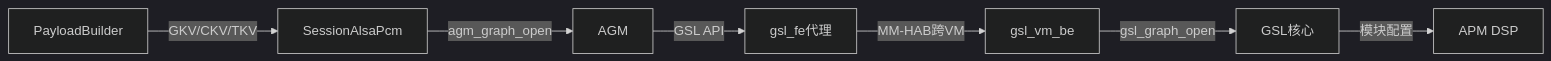
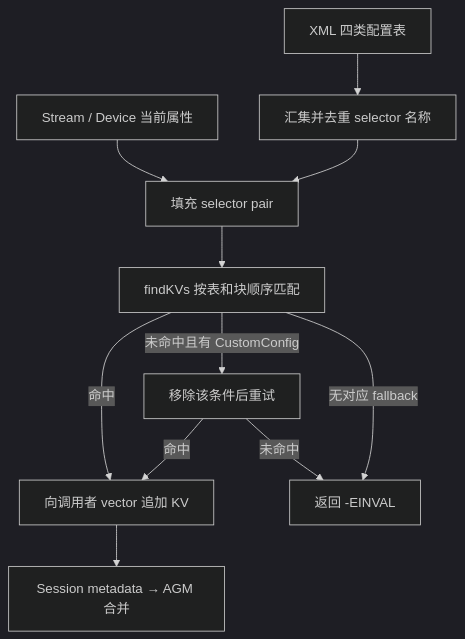
One commit to yanglinzhen1022/SA8295_AAOS_QNX_Audio_KnowledgeBase changed the first of 2 diagrams in 15_PAL_Architecture/15_15.7_PayloadBuilder-载荷构建器.md. Above: the diagram before and after it, drawn with Mermaid (dark theme). The commit also changed other lines of this file and 7 other files, not shown here.

````diff
--- a/15_PAL_Architecture/15_15.7_PayloadBuilder-载荷构建器.md
+++ b/15_PAL_Architecture/15_15.7_PayloadBuilder-载荷构建器.md
@@ -472,9 +53,13 @@
 ```mermaid
-graph LR
-    PB[PayloadBuilder] -->|GKV/CKV/TKV| SG[SessionAlsaPcm]
-    SG -->|agm_graph_open| AGM[AGM]
-    AGM -->|GSL API| FE[gsl_fe代理]
-    FE -->|MM-HAB跨VM| BE[gsl_vm_be]
-    BE -->|gsl_graph_open| GSL[GSL核心]
-    GSL -->|模块配置| APM[APM DSP]
+flowchart TD
+    X[XML 四类配置表] --> N[汇集并去重 selector 名称]
+    S[Stream / Device 当前属性] --> V[填充 selector pair]
+    N --> V
+    V --> F[findKVs 按表和块顺序匹配]
+    F -->|命中| K[向调用者 vector 追加 KV]
+    F -->|未命中且有 CustomConfig| R[移除该条件后重试]
+    R -->|命中| K
+    R -->|未命中| E[返回 -EINVAL]
+    F -->|无对应 fallback| E
+    K --> M[Session metadata → AGM 合并]
 ```
````
